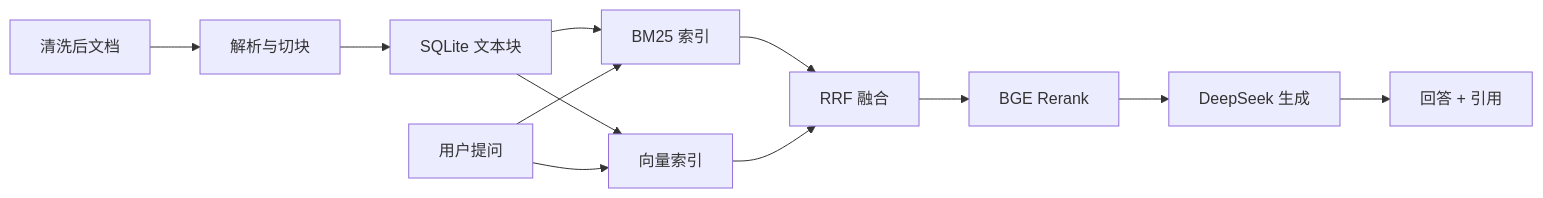
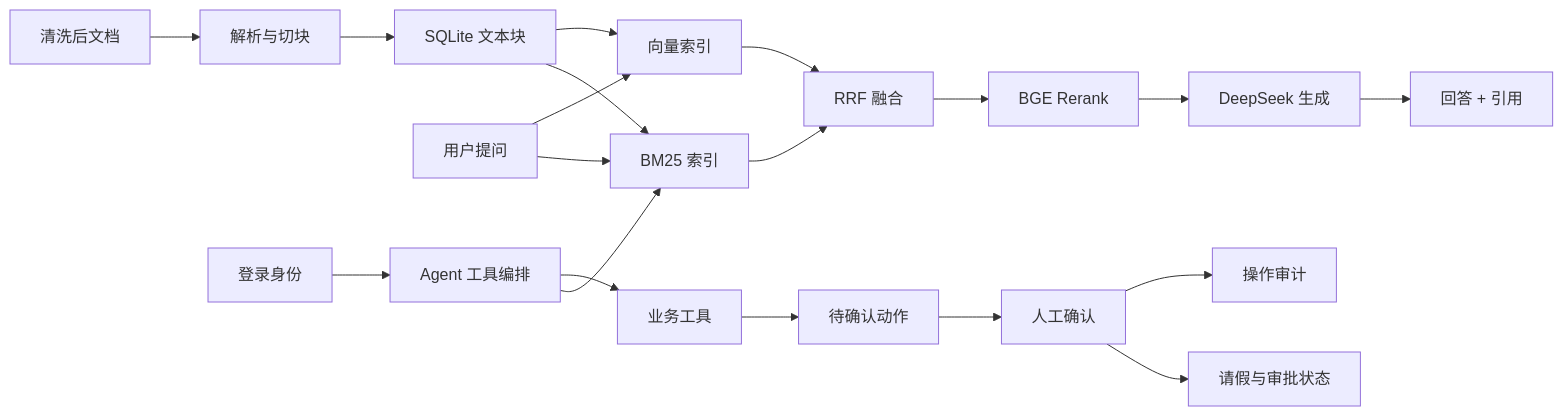
One commit to GGBONDnsb/Knowledge-Base-Intelligent-Q-A changed the diagram in README.md. Above: the diagram before and after it, drawn with Mermaid. The commit also changed other lines of this file and 39 other files, not shown here.

````diff
--- a/README.md
+++ b/README.md
@@ -28,14 +31,21 @@
 ```mermaid
 flowchart LR
     A[清洗后文档] --> B[解析与切块]
     B --> C[SQLite 文本块]
     C --> D[BM25 索引]
     C --> E[向量索引]
     D --> F[RRF 融合]
     E --> F
     F --> G[BGE Rerank]
     G --> H[DeepSeek 生成]
     H --> I[回答 + 引用]
     J[用户提问] --> D
     J --> E
+    K[登录身份] --> L[Agent 工具编排]
+    L --> D
+    L --> M[业务工具]
+    M --> N[待确认动作]
+    N --> O[人工确认]
+    O --> P[请假与审批状态]
+    O --> Q[操作审计]
 ```
````
